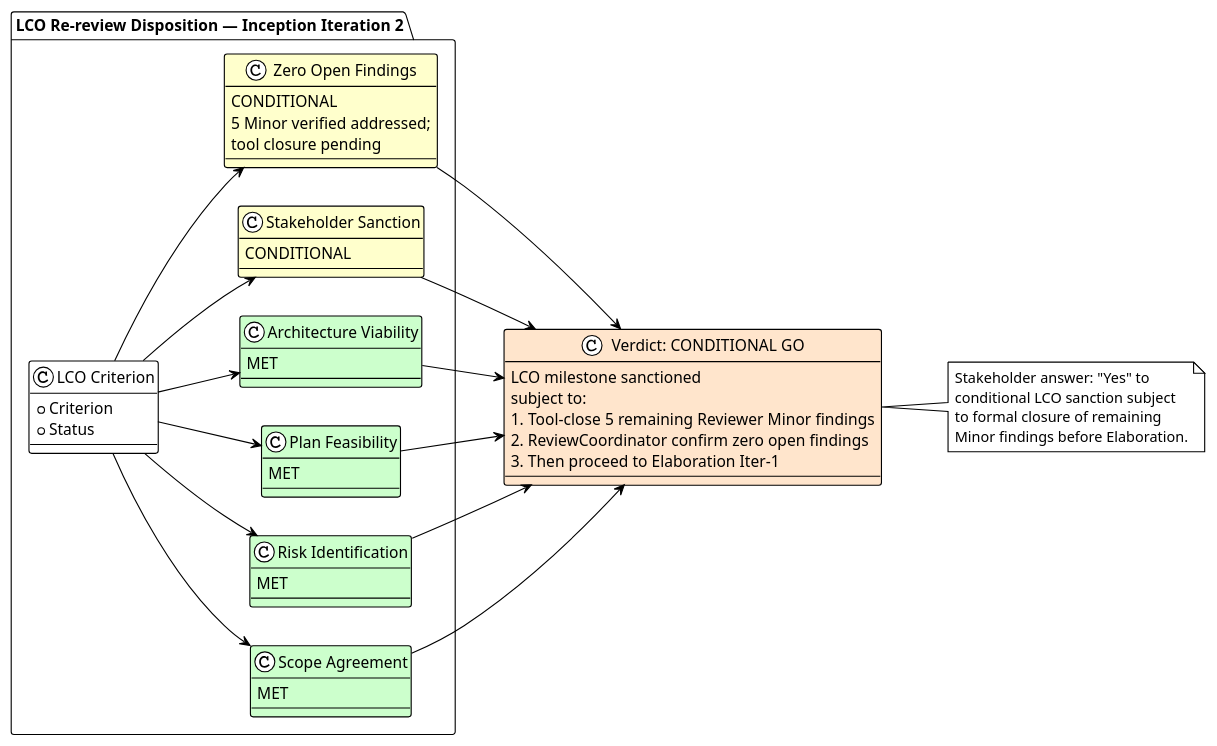
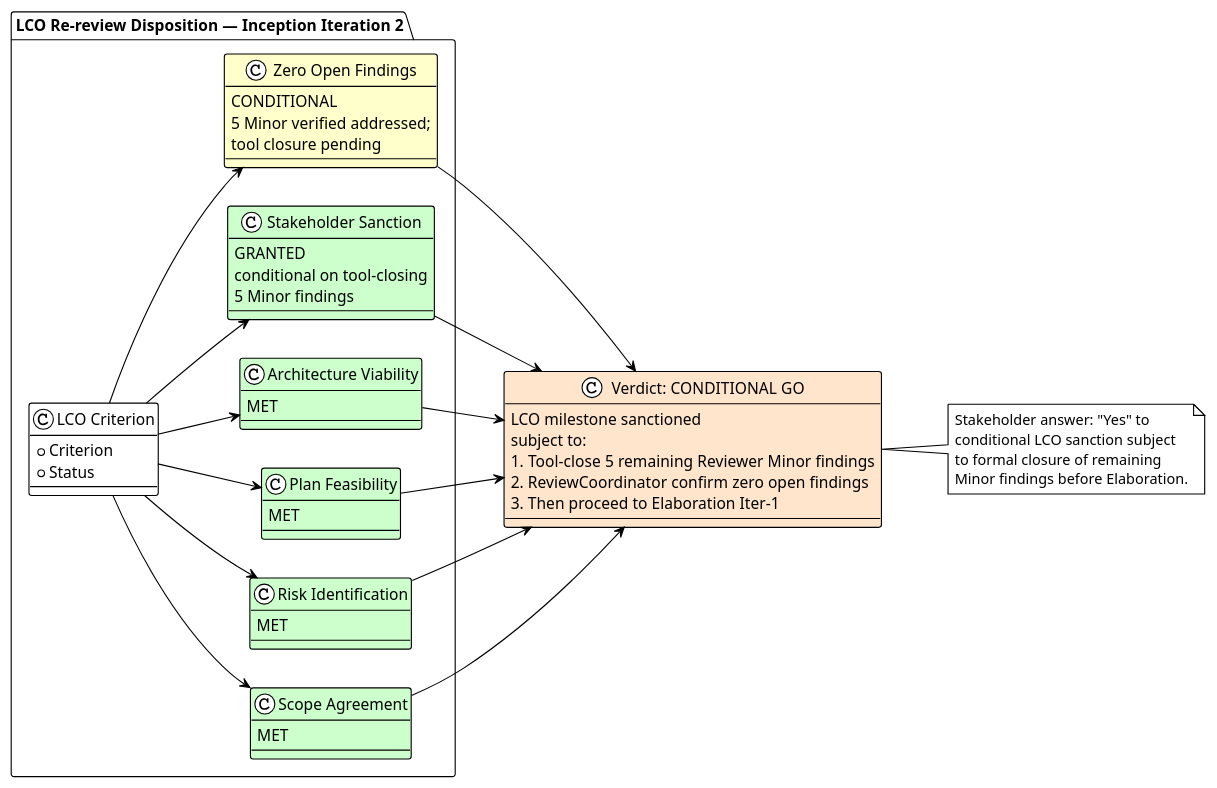
One commit to banense-test/portal changed the third of 3 diagrams in docs/artifacts/project-management/review-record.md. Above: the diagram before and after it, drawn with PlantUML. The commit also changed other lines of this file, not shown here.

````diff
--- a/docs/artifacts/project-management/review-record.md
+++ b/docs/artifacts/project-management/review-record.md
@@ -234,62 +217,64 @@
 ```plantuml
 @startuml LCO_Final_Disposition_Iter2
 !theme plain
 left to right direction
 
 package "LCO Re-review Disposition — Inception Iteration 2" {
   class "LCO Criterion" as CRIT {
     + Criterion
     + Status
   }
   class "Scope Agreement" as SCOPE #CCFFCC {
     MET
   }
   class "Risk Identification" as RISK #CCFFCC {
     MET
   }
   class "Plan Feasibility" as PLAN #CCFFCC {
     MET
   }
   class "Architecture Viability" as ARCH #CCFFCC {
     MET
   }
-  class "Stakeholder Sanction" as SANCTION #FFFFCC {
-    CONDITIONAL
+  class "Stakeholder Sanction" as SANCTION #CCFFCC {
+    GRANTED
+    conditional on tool-closing
+    5 Minor findings
   }
   class "Zero Open Findings" as FINDINGS #FFFFCC {
     CONDITIONAL
     5 Minor verified addressed;
     tool closure pending
   }
 }
 
 CRIT --> SCOPE
 CRIT --> RISK
 CRIT --> PLAN
 CRIT --> ARCH
 CRIT --> SANCTION
 CRIT --> FINDINGS
 
 class "Verdict: CONDITIONAL GO" as VERDICT #FFE5CC {
   LCO milestone sanctioned
   subject to:
   1. Tool-close 5 remaining Reviewer Minor findings
   2. ReviewCoordinator confirm zero open findings
   3. Then proceed to Elaboration Iter-1
 }
 
 SCOPE --> VERDICT
 RISK --> VERDICT
 PLAN --> VERDICT
 ARCH --> VERDICT
 SANCTION --> VERDICT
 FINDINGS --> VERDICT
 
 note right of VERDICT
   Stakeholder answer: "Yes" to
   conditional LCO sanction subject
   to formal closure of remaining
   Minor findings before Elaboration.
 end note
 @enduml
 ```
````
